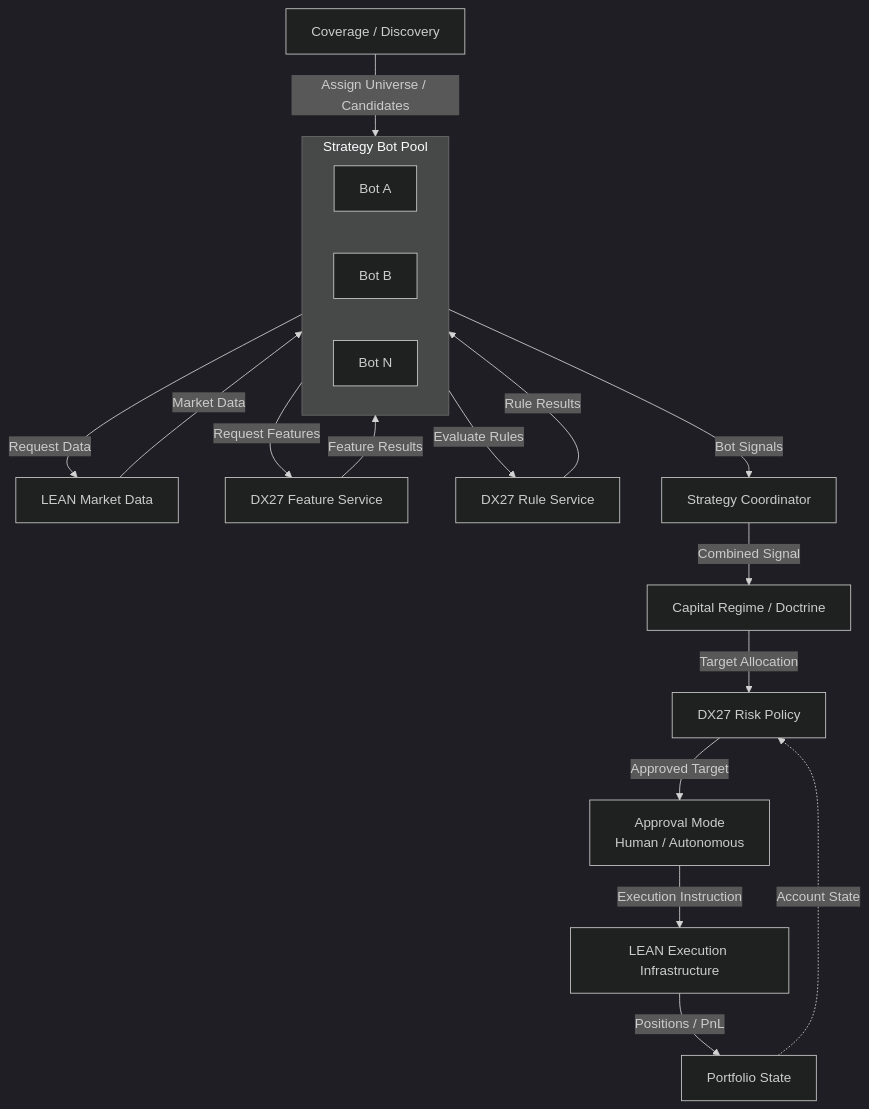
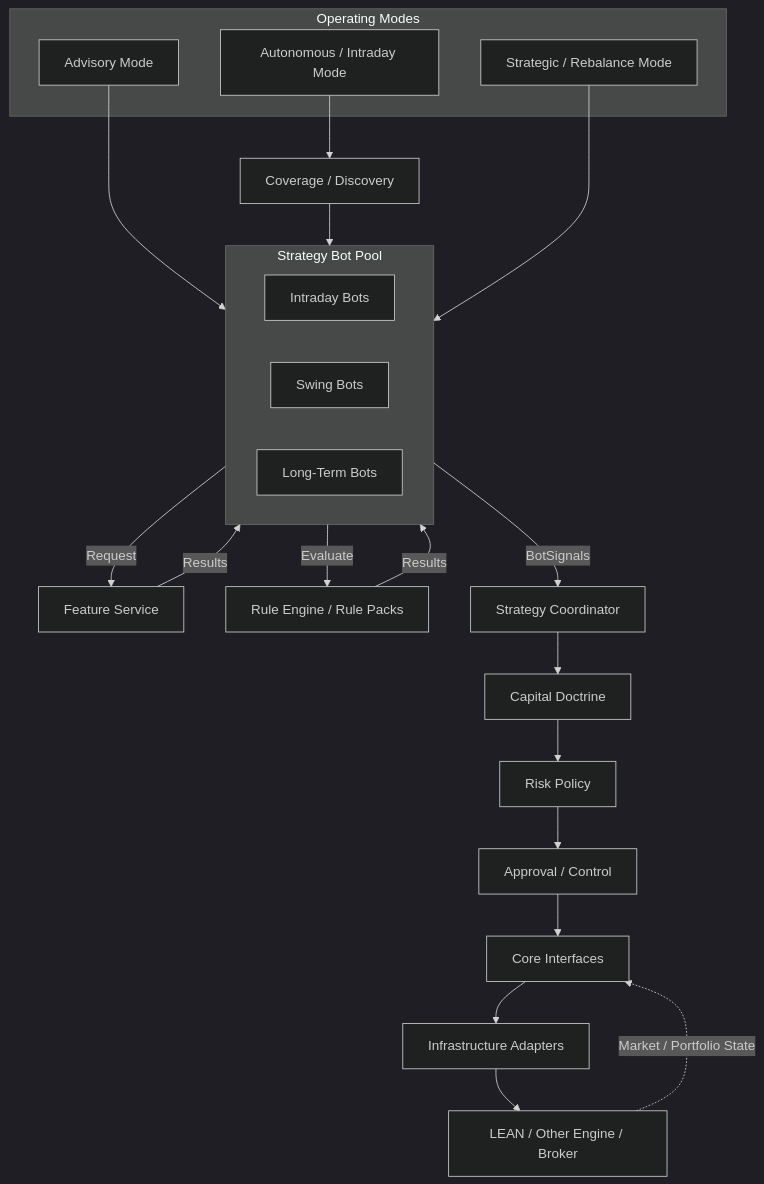
The second of 3 diagrams in docs/architecture/system-overview.md (Daxoniel/DX27-Trading-Engine), drawn with Mermaid (dark theme) before and after one commit. The commit also changed other lines of this file and 35 other files, not shown here.

Commit message:
checkpoint before domain architecture refactor

````diff
--- a/docs/architecture/system-overview.md
+++ b/docs/architecture/system-overview.md
@@ -27,45 +26,52 @@
 ```mermaid
 flowchart TB
 
+    subgraph Modes["Operating Modes"]
+        Advisory["Advisory Mode"]
+        Auto["Autonomous / Intraday Mode"]
+        Strategic["Strategic / Rebalance Mode"]
+    end
+
     Coverage["Coverage / Discovery"]
 
-    subgraph Strategies["Strategy Bot Pool"]
-        direction LR
-        B1["Bot A"]
-        B2["Bot B"]
-        BN["Bot N"]
+    subgraph Bots["Strategy Bot Pool"]
+        Intraday["Intraday Bots"]
+        Swing["Swing Bots"]
+        LongTerm["Long-Term Bots"]
     end
 
-    Data["LEAN Market Data"]
-    Features["DX27 Feature Service"]
-    Rules["DX27 Rule Service"]
+    Features["Feature Service"]
+    Rules["Rule Engine / Rule Packs"]
 
     Coordinator["Strategy Coordinator"]
-    Doctrine["Capital Regime / Doctrine"]
-    Risk["DX27 Risk Policy"]
-    Approval["Approval Mode<br/>Human / Autonomous"]
+    Doctrine["Capital Doctrine"]
+    Risk["Risk Policy"]
+    Approval["Approval / Control"]
 
-    LEAN["LEAN Execution Infrastructure"]
-    Portfolio["Portfolio State"]
+    Interfaces["Core Interfaces"]
+    Adapters["Infrastructure Adapters"]
+    External["LEAN / Other Engine / Broker"]
 
-    Coverage -->|Assign Universe / Candidates| Strategies
+    Advisory --> Bots
+    Auto --> Coverage
+    Coverage --> Bots
+    Strategic --> Bots
 
-    Strategies -->|Request Data| Data
-    Data -->|Market Data| Strategies
+    Bots -->|Request| Features
+    Bots -->|Evaluate| Rules
 
-    Strategies -->|Request Features| Features
-    Features -->|Feature Results| Strategies
+    Features -->|Results| Bots
+    Rules -->|Results| Bots
 
-    Strategies -->|Evaluate Rules| Rules
-    Rules -->|Rule Results| Strategies
+    Bots -->|BotSignals| Coordinator
 
-    Strategies -->|Bot Signals| Coordinator
-    Coordinator -->|Combined Signal| Doctrine
-    Doctrine -->|Target Allocation| Risk
-    Portfolio -.->|Account State| Risk
+    Coordinator --> Doctrine
+    Doctrine --> Risk
+    Risk --> Approval
 
-    Risk -->|Approved Target| Approval
-    Approval -->|Execution Instruction| LEAN
+    Approval --> Interfaces
+    Interfaces --> Adapters
+    Adapters --> External
 
-    LEAN -->|Positions / PnL| Portfolio
+    External -.->|Market / Portfolio State| Interfaces
 ```
````
